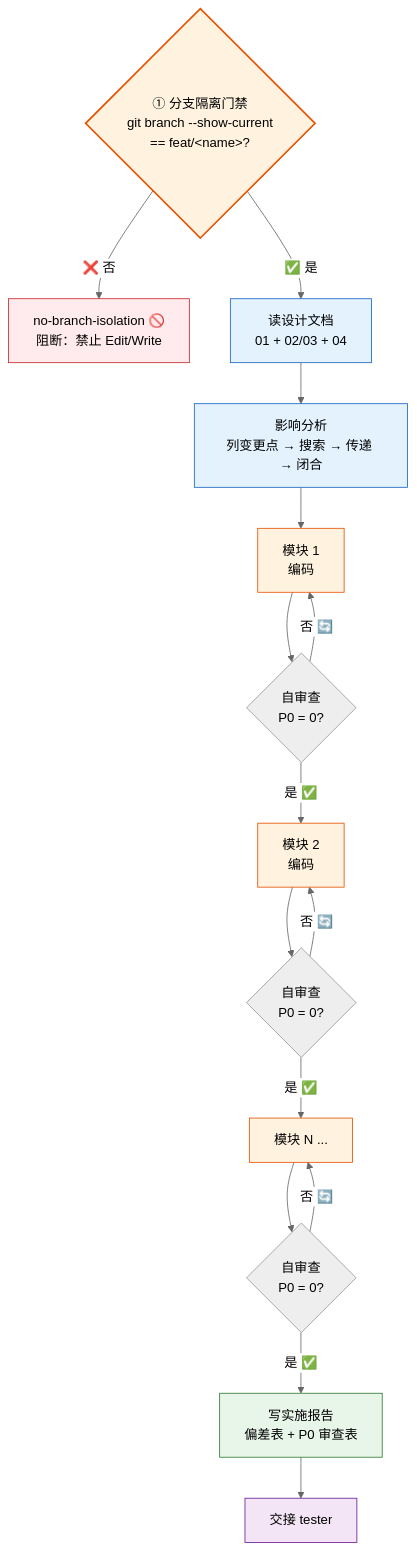
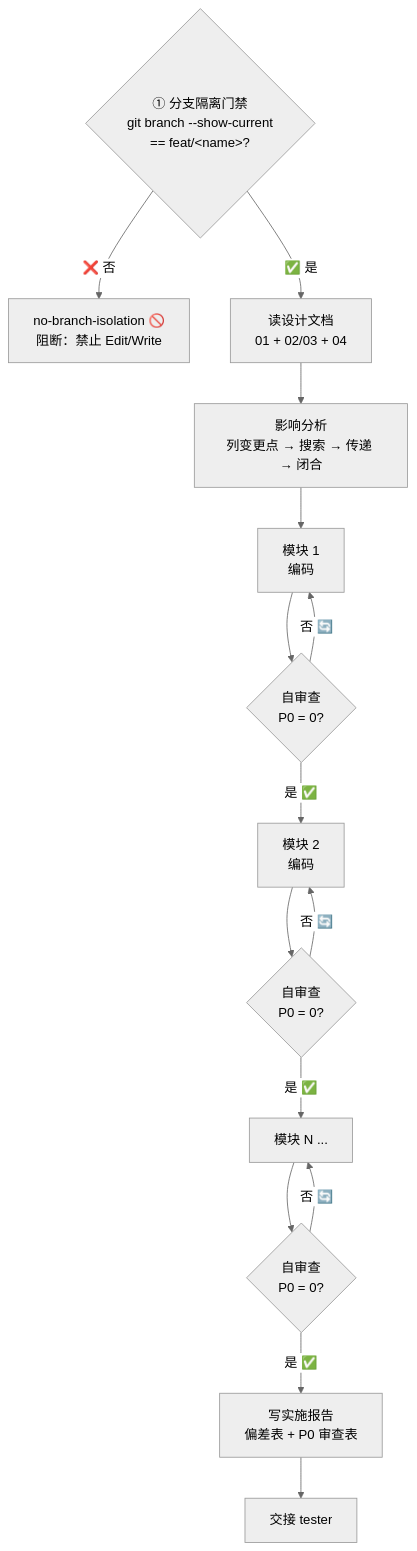
Before and after one commit to effiy/YrY: the first of 4 diagrams in agents/coder.md, drawn with Mermaid (neutral theme). The commit also changed other lines of this file and 9 other files, not shown here.

````diff
--- a/agents/coder.md
+++ b/agents/coder.md
@@ -15,25 +15,19 @@
 ```mermaid
 flowchart TB
     BR{"① 分支隔离门禁<br/>git branch --show-current<br/>== feat/&lt;name&gt;?"}:::gate -->|"❌ 否"| BLOCK["no-branch-isolation 🚫<br/>阻断：禁止 Edit/Write"]:::block
     BR -->|"✅ 是"| RD["读设计文档<br/>01 + 02/03 + 04"]:::setup
     RD --> MI["影响分析<br/>列变更点 → 搜索 → 传递 → 闭合"]:::setup
 
     MI --> M1["模块 1<br/>编码"]:::impl
     M1 --> R1{"自审查<br/>P0 = 0?"}
     R1 -->|"否 🔄"| M1
     R1 -->|"是 ✅"| M2["模块 2<br/>编码"]:::impl
     M2 --> R2{"自审查<br/>P0 = 0?"}
     R2 -->|"否 🔄"| M2
     R2 -->|"是 ✅"| MN["模块 N ..."]:::impl
     MN --> RN{"自审查<br/>P0 = 0?"}
     RN -->|"否 🔄"| MN
     RN -->|"是 ✅"| RP["写实施报告<br/>偏差表 + P0 审查表"]:::report
     RP --> HD["交接 tester"]:::done
 
-    classDef gate fill:#fff3e0,stroke:#e65100,stroke-width:2px;
-    classDef setup fill:#e3f2fd,stroke:#1565c0;
-    classDef impl fill:#fff3e0,stroke:#e65100;
-    classDef report fill:#e8f5e9,stroke:#2e7d32;
-    classDef done fill:#f3e5f5,stroke:#6a1b9a;
-    classDef block fill:#ffebee,stroke:#c62828;
 ```
````
